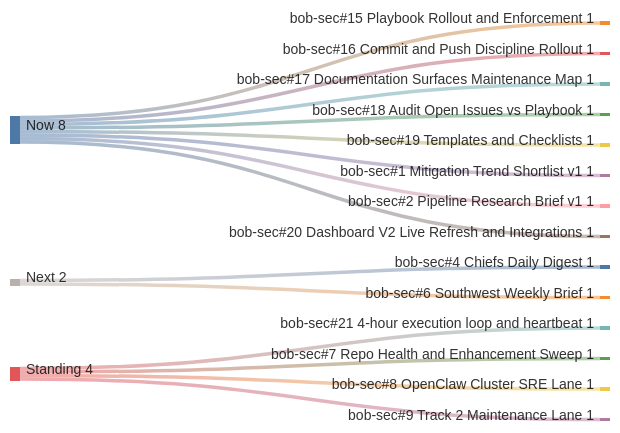
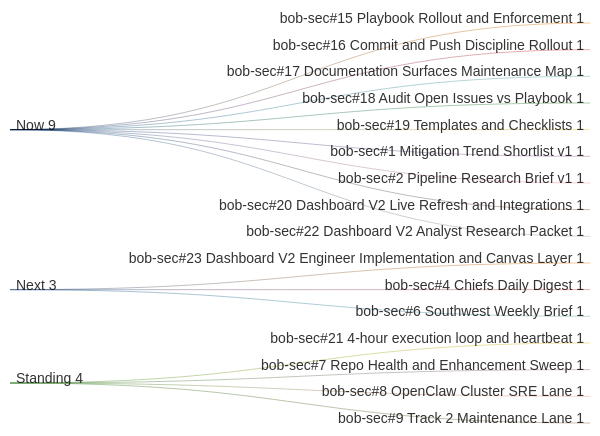
Before and after one commit to stevologic/bob-sec: the diagram in research/operations/current-work-gantt.md, drawn with Mermaid. The commit also changed other lines of this file, not shown here.

Commit message:
Add dashboard v2 split to gantt

````diff
--- a/research/operations/current-work-gantt.md
+++ b/research/operations/current-work-gantt.md
@@ -5,17 +5,19 @@
 ```mermaid
 sankey-beta
 Now,bob-sec#15 Playbook Rollout and Enforcement,1
 Now,bob-sec#16 Commit and Push Discipline Rollout,1
 Now,bob-sec#17 Documentation Surfaces Maintenance Map,1
 Now,bob-sec#18 Audit Open Issues vs Playbook,1
 Now,bob-sec#19 Templates and Checklists,1
 Now,bob-sec#1 Mitigation Trend Shortlist v1,1
 Now,bob-sec#2 Pipeline Research Brief v1,1
 Now,bob-sec#20 Dashboard V2 Live Refresh and Integrations,1
+Now,bob-sec#22 Dashboard V2 Analyst Research Packet,1
+Next,bob-sec#23 Dashboard V2 Engineer Implementation and Canvas Layer,1
 Next,bob-sec#4 Chiefs Daily Digest,1
 Next,bob-sec#6 Southwest Weekly Brief,1
 Standing,bob-sec#21 4-hour execution loop and heartbeat,1
 Standing,bob-sec#7 Repo Health and Enhancement Sweep,1
 Standing,bob-sec#8 OpenClaw Cluster SRE Lane,1
 Standing,bob-sec#9 Track 2 Maintenance Lane,1
 ```
````
